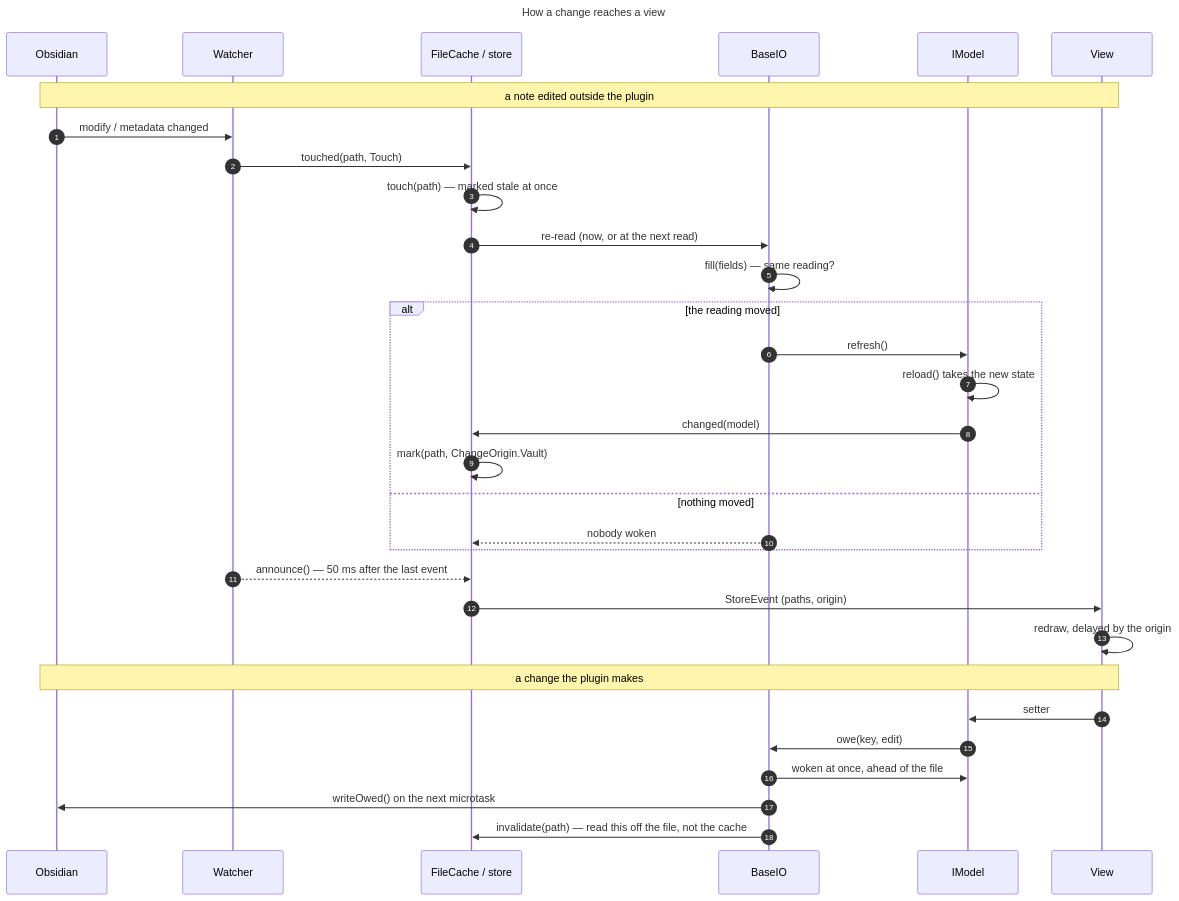
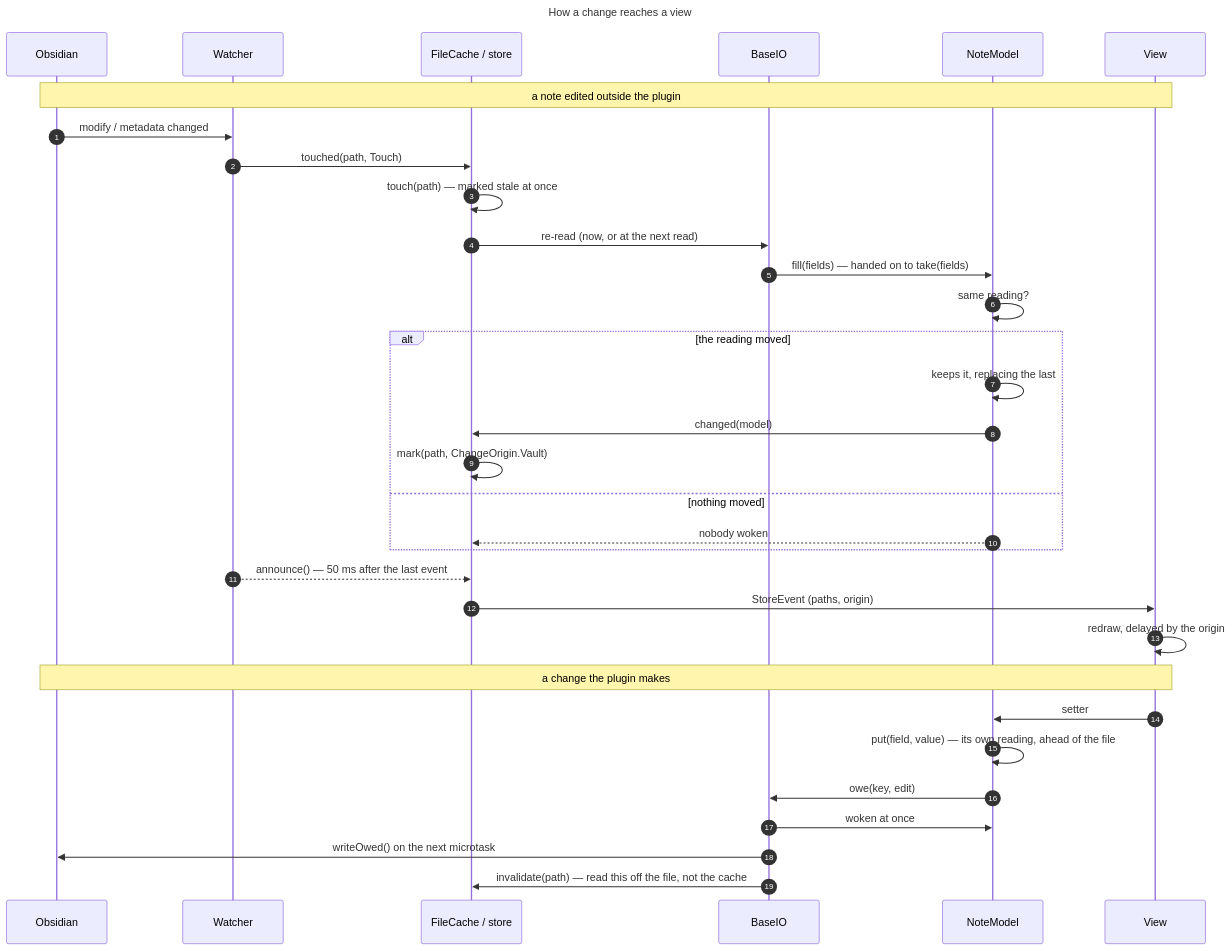
Before and after one commit to Laurent-Ferier/pm-compass: the second of 9 diagrams in docs/technical/data-model.md, drawn with Mermaid. The commit also changed other lines of this file and 30 other files, not shown here.

````diff
--- a/docs/technical/data-model.md
+++ b/docs/technical/data-model.md
@@ -112,38 +112,39 @@
 ```mermaid
 ---
 title: How a change reaches a view
 ---
 sequenceDiagram
   autonumber
   participant Obsidian
   participant Watcher
   participant Store as FileCache / store
   participant File as BaseIO
-  participant Model as IModel
+  participant Model as NoteModel
   participant View
 
   Note over Obsidian,View: a note edited outside the plugin
   Obsidian->>Watcher: modify / metadata changed
   Watcher->>Store: touched(path, Touch)
   Store->>Store: touch(path) — marked stale at once
   Store->>File: re-read (now, or at the next read)
-  File->>File: fill(fields) — same reading?
+  File->>Model: fill(fields) — handed on to take(fields)
+  Model->>Model: same reading?
   alt the reading moved
-    File->>Model: refresh()
-    Model->>Model: reload() takes the new state
+    Model->>Model: keeps it, replacing the last
     Model->>Store: changed(model)
     Store->>Store: mark(path, ChangeOrigin.Vault)
   else nothing moved
-    File-->>Store: nobody woken
+    Model-->>Store: nobody woken
   end
   Watcher-->>Store: announce() — 50 ms after the last event
   Store->>View: StoreEvent (paths, origin)
   View->>View: redraw, delayed by the origin
 
   Note over View,Obsidian: a change the plugin makes
   View->>Model: setter
+  Model->>Model: put(field, value) — its own reading, ahead of the file
   Model->>File: owe(key, edit)
-  File->>Model: woken at once, ahead of the file
+  File->>Model: woken at once
   File->>Obsidian: writeOwed() on the next microtask
   File->>Store: invalidate(path) — read this off the file, not the cache
 ```
````
